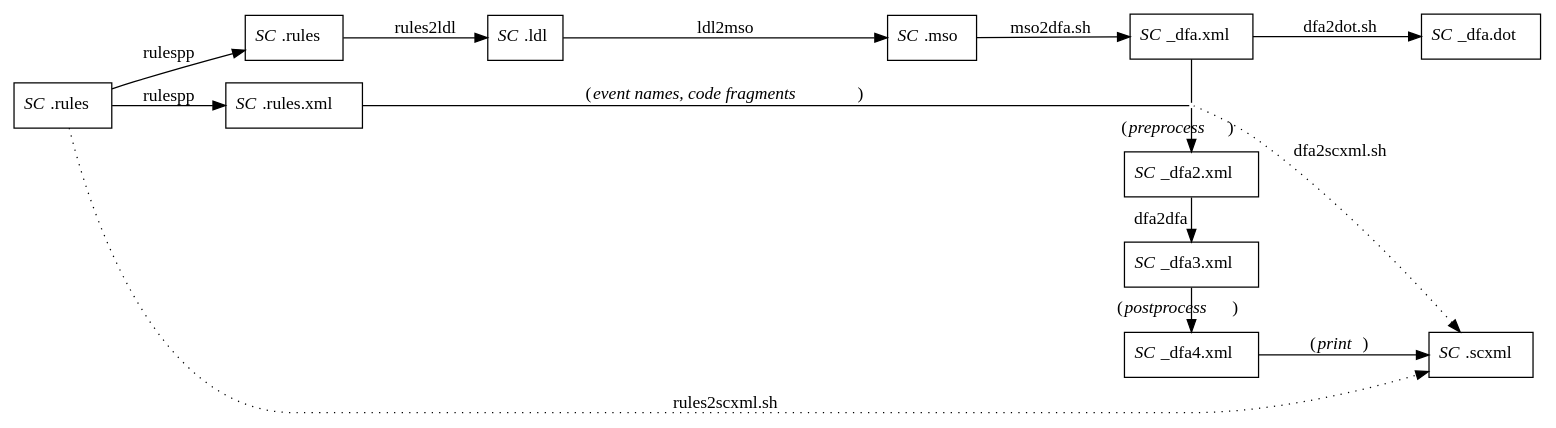
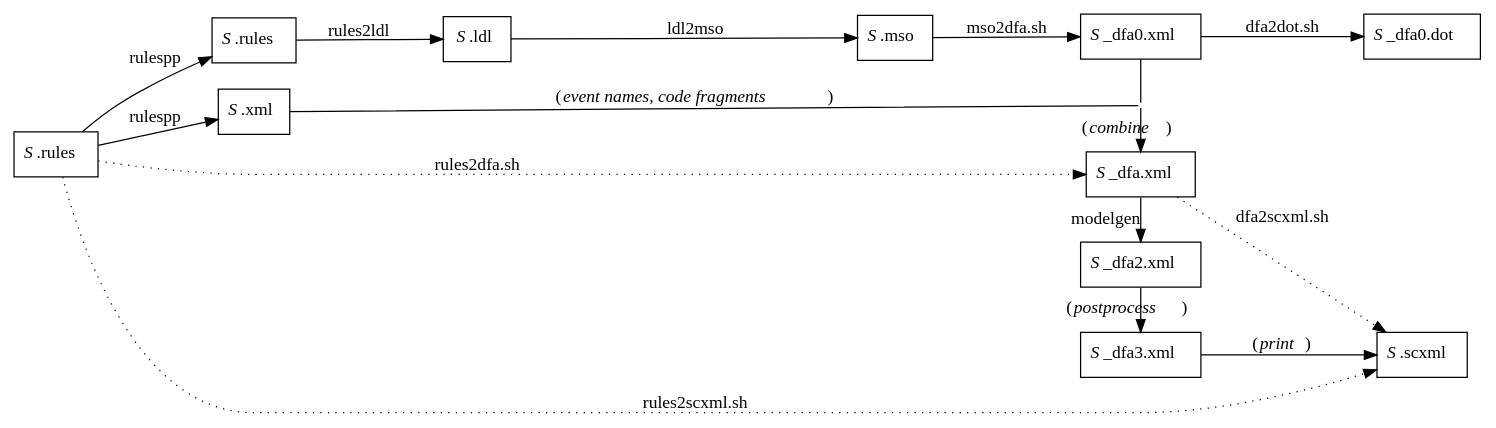
One commit to ldltools/dsl4sc changed the diagram in tools/rules2scxml/docs/images/flow.dot. Above: the diagram before and after it, drawn with Graphviz. The commit also changed 14 other files, not shown here.

```diff
--- a/tools/rules2scxml/docs/images/flow.dot
+++ b/tools/rules2scxml/docs/images/flow.dot
@@ -1,62 +1,64 @@
-// $Id: $
+// $Id: flow.dot,v 1.1 2019/07/06 23:15:18 sato Exp sato $
+
 digraph flow {
   rankdir=LR
   node				[shape=box]
 
 // --------------------------------------------------------------------------------
 // file nodes
 // --------------------------------------------------------------------------------
-  rules				[label=<<I>SC</I>.rules>]
+  rules				[label=<<I>S</I>.rules>]
 
   {rank=same
-   spec				[label=<<I>SC</I>.rules>]
-   rules_xml			[label=<<I>SC</I>.rules.xml>]
+   spec				[label=<<I>S</I>.rules>]
+   rules_xml			[label=<<I>S</I>.xml>]
   }
 
-  ldl				[label=<<I>SC</I>.ldl>]
+  ldl				[label=<<I>S</I>.ldl>]
 
   {rank=same
-   mso				[label=<<I>SC</I>.mso>]
+   mso				[label=<<I>S</I>.mso>]
   }
 
   {rank=same
    rankdir=TB
-   dfa				[label=<<I>SC</I>_dfa.xml>]
+   dfa				[label=<<I>S</I>_dfa0.xml>]
    dummy1			[label="", shape=point, color=white]
-   dfa2				[label=<<I>SC</I>_dfa2.xml>]
-   dfa3				[label=<<I>SC</I>_dfa3.xml>]
-   dfa4				[label=<<I>SC</I>_dfa4.xml>]
+   dfa2				[label=<<I>S</I>_dfa.xml>]
+   dfa3				[label=<<I>S</I>_dfa2.xml>]
+   dfa4				[label=<<I>S</I>_dfa3.xml>]
   }
 
   {rank=same
-   dfadot			[label=<<I>SC</I>_dfa.dot>]
-   scxml			[label=<<I>SC</I>.scxml>]
+   dfadot			[label=<<I>S</I>_dfa0.dot>]
+   scxml			[label=<<I>S</I>.scxml>]
   }
 
 // --------------------------------------------------------------------------------
 // flow
 // --------------------------------------------------------------------------------
 
 // rules
   rules -> spec			[label=rulespp]
   rules -> rules_xml		[label=rulespp]
 
   spec -> ldl			[label=rules2ldl]
   ldl -> mso			[label=ldl2mso]
   mso -> dfa			[label="mso2dfa.sh"]
   dfa -> dummy1			[arrowhead=none]
-  dummy1 -> dfa2		[label=<(<I>preprocess</I>)>]
-  dfa2 -> dfa3			[label="dfa2dfa        ", labelfloat=true]
+  dummy1 -> dfa2		[label=<(<I>combine</I>)>]
+  dfa2 -> dfa3			[label="modelgen          ", labelfloat=true]
   dfa3 -> dfa4			[label=<(<I>postprocess</I>)>]
   dfa4 -> scxml			[label=<(<I>print</I>)>]
 
   rules_xml -> dummy1		[label=<(<I>event names, code fragments</I>)>, arrowhead=none]
 
 //
   dfa -> dfadot			[label="dfa2dot.sh"]
 
 //
   rules -> scxml		[label="rules2scxml.sh", style=dotted]
-  dummy1 -> scxml		[label="dfa2scxml.sh", style=dotted]
+  rules -> dfa2			[label="rules2dfa.sh", style=dotted]
+  dfa2 -> scxml			[label="dfa2scxml.sh", style=dotted]
 
 }
```
